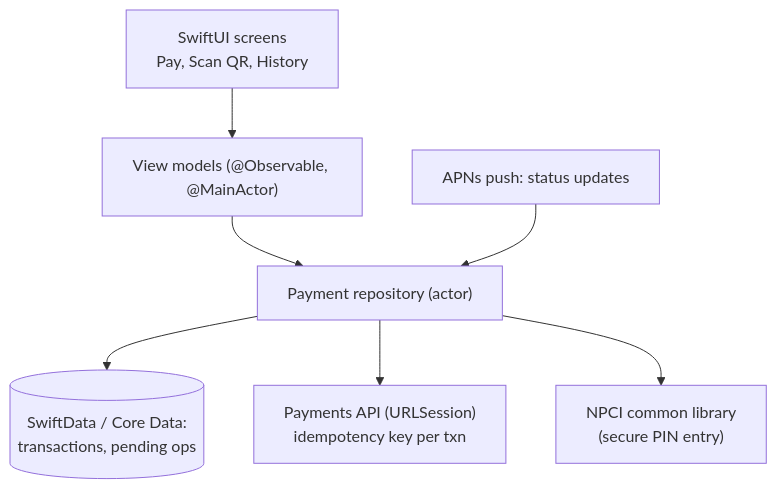
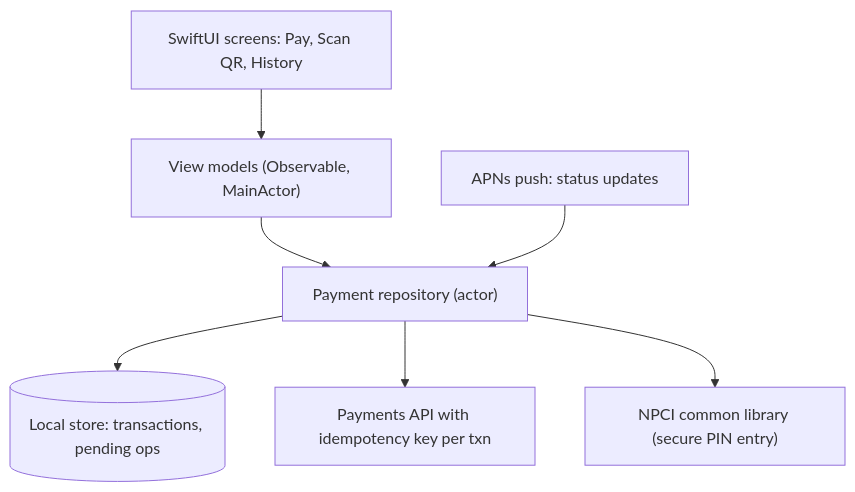
One commit to AkshayAshokCode/iOS-Interview-Questions-and-Answers changed the fourth of 15 diagrams in topics/25-company-wise-questions.md. Above: the diagram before and after it, drawn with Mermaid. The commit also changed other lines of this file and 2 other files, not shown here.

````diff
--- a/topics/25-company-wise-questions.md
+++ b/topics/25-company-wise-questions.md
@@ -224,9 +726,9 @@
 ```mermaid
 flowchart TD
-    UI["SwiftUI screens<br/>Pay, Scan QR, History"] --> VM["View models (@Observable, @MainActor)"]
+    UI["SwiftUI screens: Pay, Scan QR, History"] --> VM["View models (Observable, MainActor)"]
     VM --> REPO["Payment repository (actor)"]
-    REPO --> DB[("SwiftData / Core Data:<br/>transactions, pending ops")]
-    REPO --> API["Payments API (URLSession)<br/>idempotency key per txn"]
-    REPO --> NPCI["NPCI common library<br/>(secure PIN entry)"]
+    REPO --> DB[("Local store: transactions, pending ops")]
+    REPO --> API["Payments API with idempotency key per txn"]
+    REPO --> NPCI["NPCI common library (secure PIN entry)"]
     APNS["APNs push: status updates"] --> REPO
 ```
````
